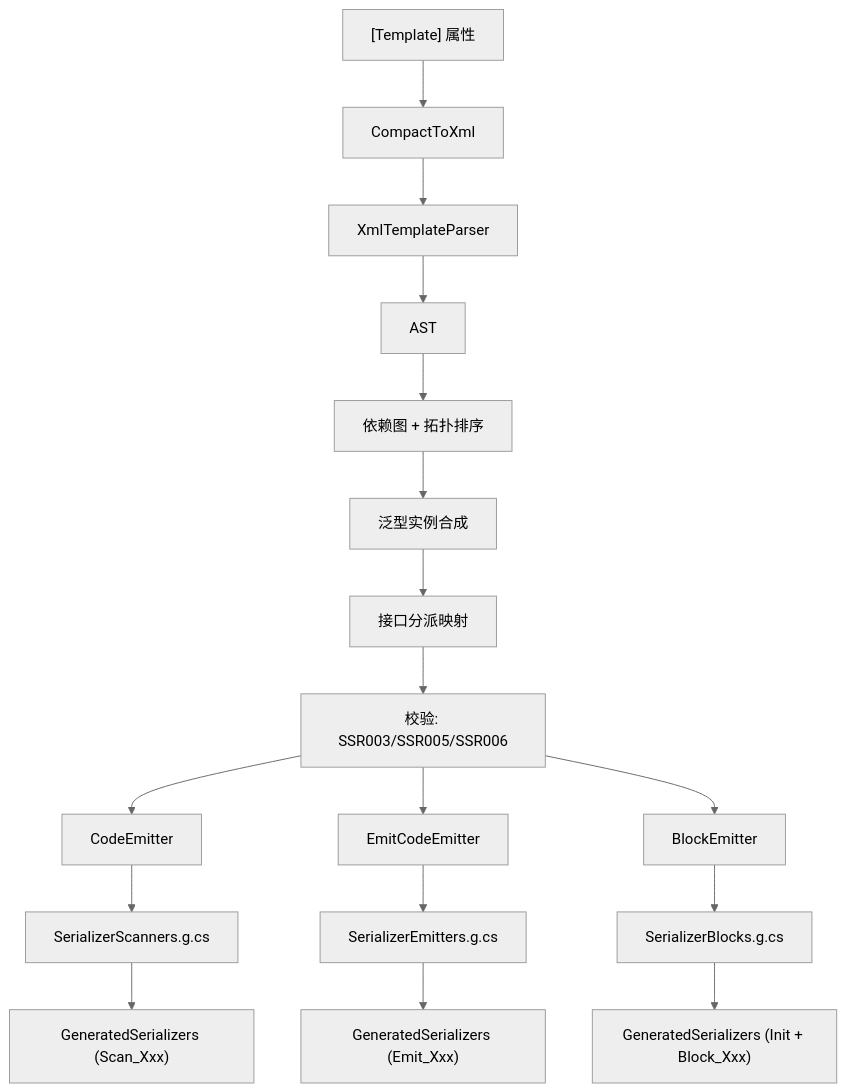
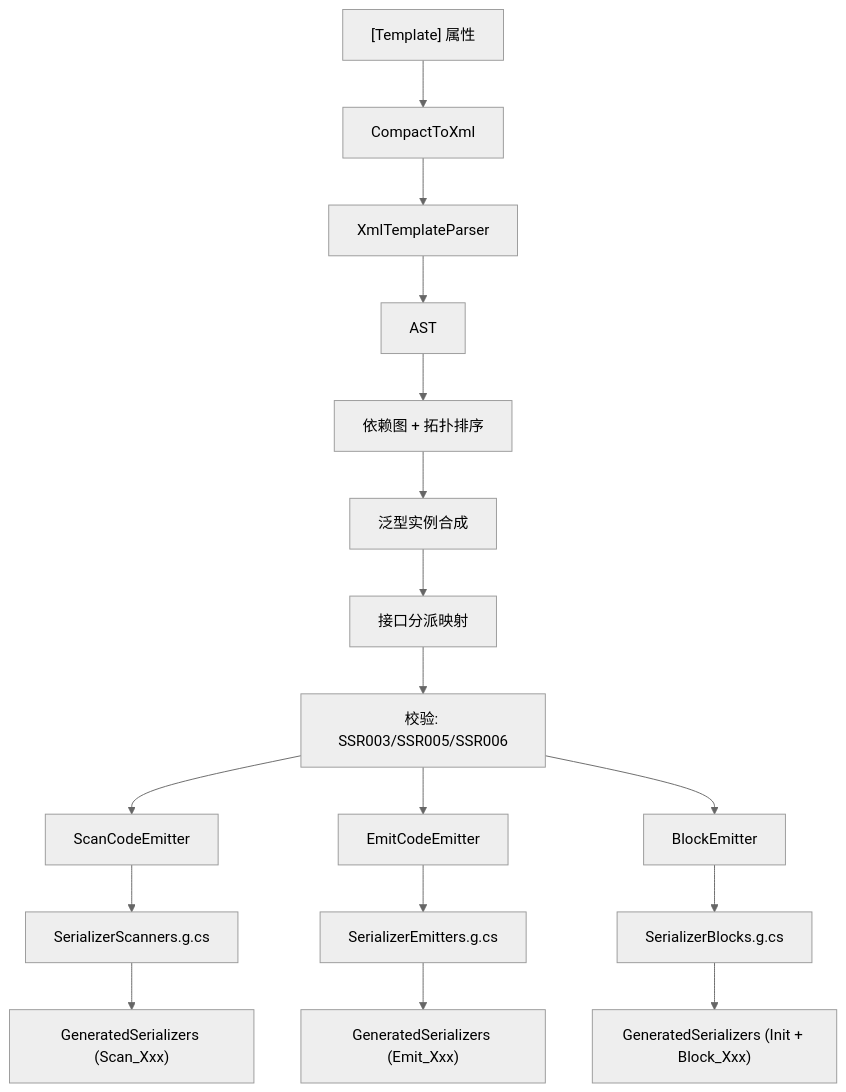
Before and after one commit to twds0x13/SourceSerializer: the diagram in docs/technical/pipeline/overview.md, drawn with Mermaid (neutral theme). The commit also changed other lines of this file and 15 other files, not shown here.

````diff
--- a/docs/technical/pipeline/overview.md
+++ b/docs/technical/pipeline/overview.md
@@ -7,19 +7,19 @@
 ```mermaid
 flowchart TD
     A["[Template] 属性"] --> B[CompactToXml]
     B --> C[XmlTemplateParser]
     C --> D[AST]
     D --> E[依赖图 + 拓扑排序]
     E --> F[泛型实例合成]
     F --> G[接口分派映射]
     G --> H[校验: SSR003/SSR005/SSR006]
-    H --> I[CodeEmitter]
+    H --> I[ScanCodeEmitter]
     H --> J[EmitCodeEmitter]
     H --> K[BlockEmitter]
     I --> L[SerializerScanners.g.cs]
     J --> M[SerializerEmitters.g.cs]
     K --> N[SerializerBlocks.g.cs]
     L --> O["GeneratedSerializers (Scan_Xxx)"]
     M --> P["GeneratedSerializers (Emit_Xxx)"]
     N --> Q["GeneratedSerializers (Init + Block_Xxx)"]
 ```
````
